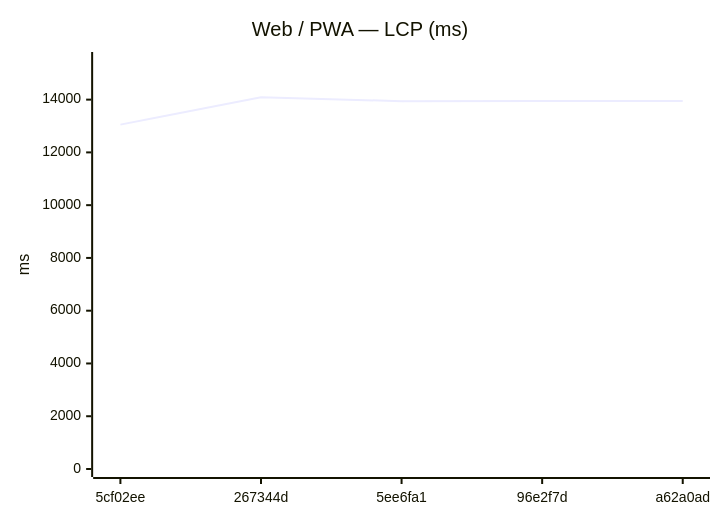
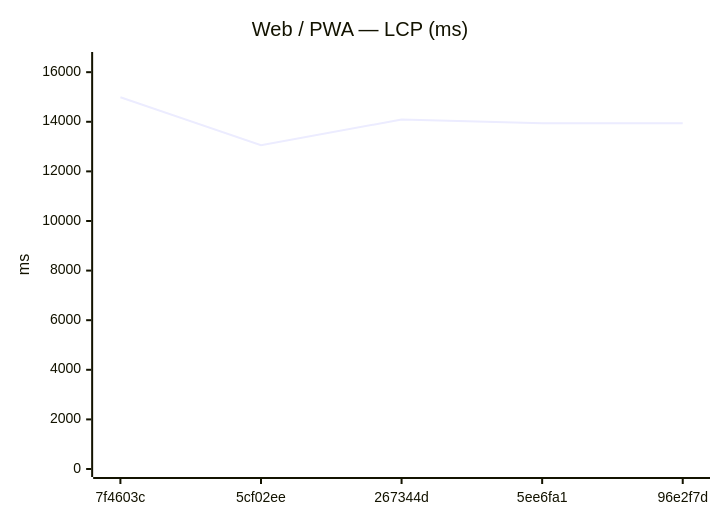
One commit to Metaheurist/Rianell changed the seventh of 18 diagrams in benchmarks/compare.md. Above: the diagram before and after it, drawn with Mermaid. The commit also changed other lines of this file and 11 other files, not shown here.

````diff
--- a/benchmarks/compare.md
+++ b/benchmarks/compare.md
@@ -117,7 +117,7 @@
 ```mermaid
 xychart-beta
     title "Web / PWA — LCP (ms)"
-    x-axis ["5cf02ee", "267344d", "5ee6fa1", "96e2f7d", "a62a0ad"]
-    y-axis "ms" 0 --> 15502
-    line [13053, 14092, 13942, 13945, 13945]
+    x-axis ["7f4603c", "5cf02ee", "267344d", "5ee6fa1", "96e2f7d"]
+    y-axis "ms" 0 --> 16491
+    line [14991, 13053, 14092, 13942, 13945]
 ```
````
